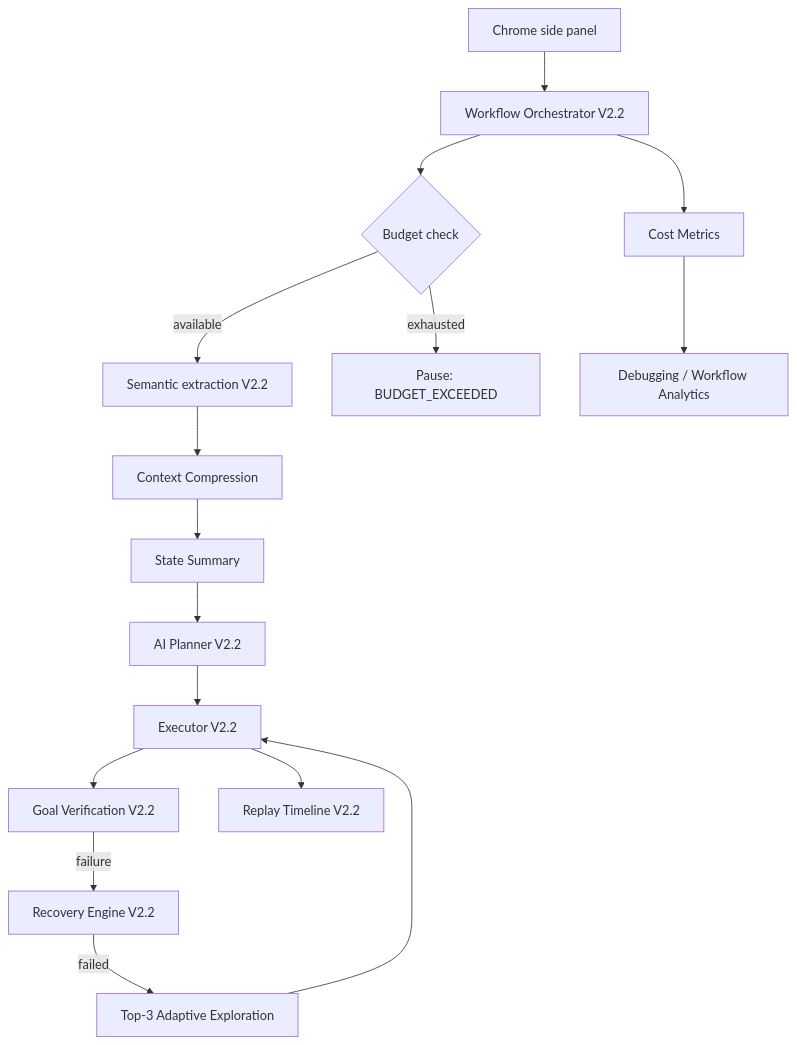
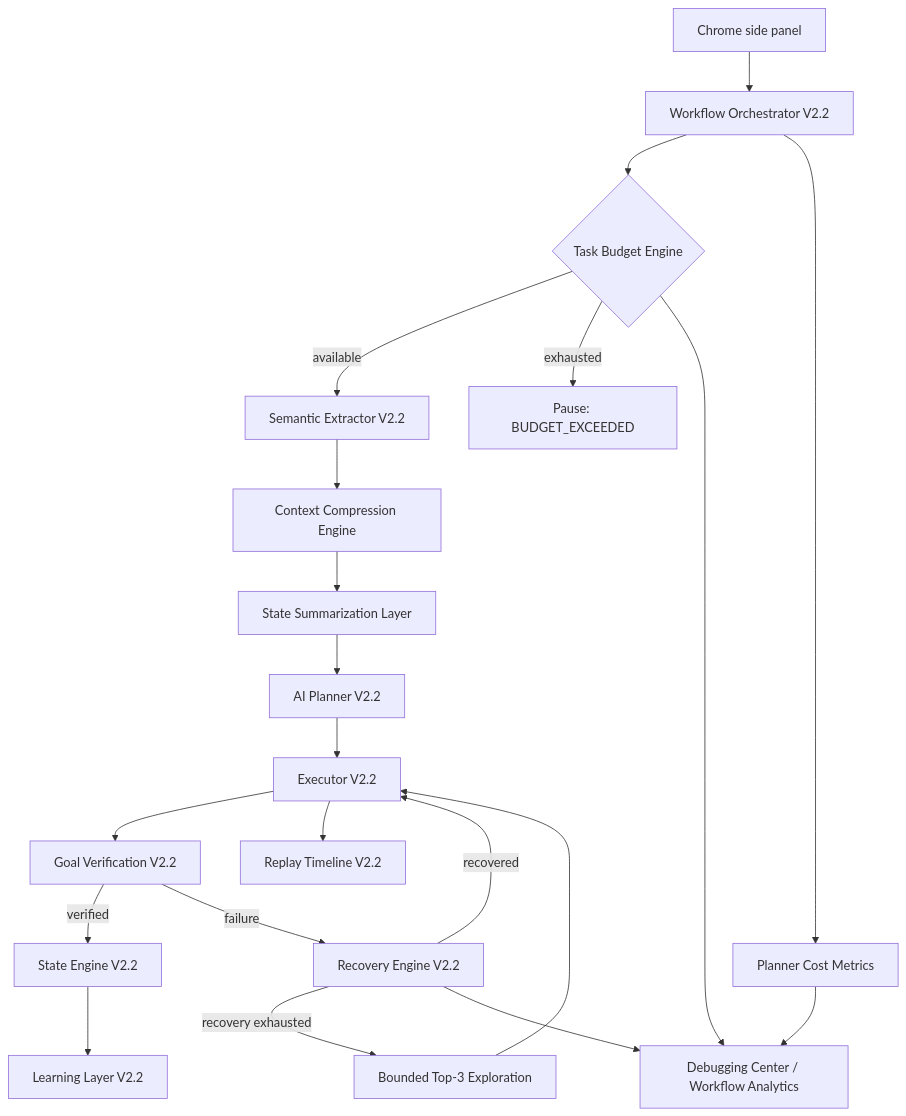
Before and after one commit to coderDhanunjayareddy/ai-browser-workflow-assistant: the first of 4 diagrams in docs/v2.3-enhancements.md, drawn with Mermaid. The commit also changed other lines of this file and 50 other files, not shown here.

````diff
--- a/docs/v2.3-enhancements.md
+++ b/docs/v2.3-enhancements.md
@@ -7,18 +9,23 @@
 ```mermaid
 flowchart TD
   UI[Chrome side panel] --> O[Workflow Orchestrator V2.2]
-  O --> B{Budget check}
-  B -->|available| SE[Semantic extraction V2.2]
-  B -->|exhausted| P[Pause: BUDGET_EXCEEDED]
-  SE --> CC[Context Compression]
-  CC --> SS[State Summary]
+  O --> B{Task Budget Engine}
+  B -->|available| SE[Semantic Extractor V2.2]
+  B -->|exhausted| PAUSE[Pause: BUDGET_EXCEEDED]
+  SE --> CC[Context Compression Engine]
+  CC --> SS[State Summarization Layer]
   SS --> AI[AI Planner V2.2]
   AI --> EX[Executor V2.2]
   EX --> GV[Goal Verification V2.2]
+  GV -->|verified| STATE[State Engine V2.2]
   GV -->|failure| R[Recovery Engine V2.2]
-  R -->|failed| EP[Top-3 Adaptive Exploration]
+  R -->|recovered| EX
+  R -->|recovery exhausted| EP[Bounded Top-3 Exploration]
   EP --> EX
-  O --> CM[Cost Metrics]
-  EX --> RT[Replay Timeline V2.2]
-  CM --> DA[Debugging / Workflow Analytics]
+  O --> COST[Planner Cost Metrics]
+  EX --> REPLAY[Replay Timeline V2.2]
+  STATE --> LEARN[Learning Layer V2.2]
+  COST --> DASH[Debugging Center / Workflow Analytics]
+  B --> DASH
+  R --> DASH
 ```
````
